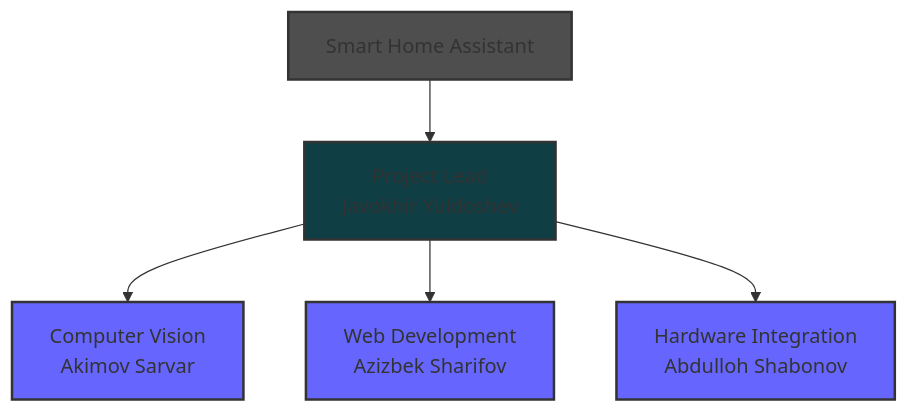
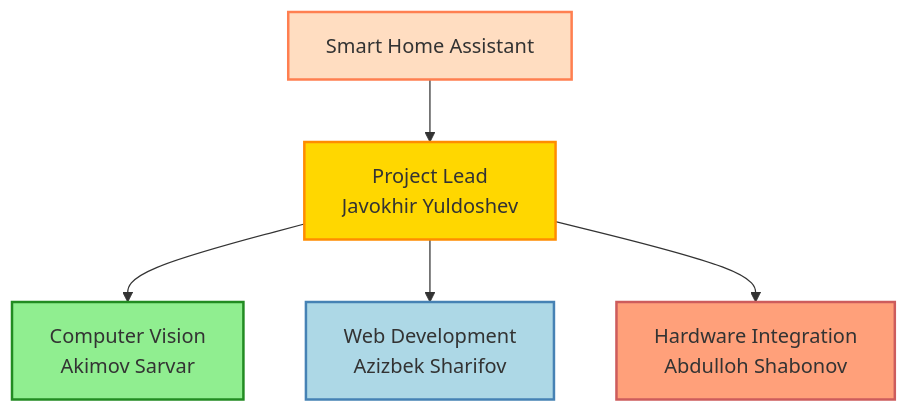
Before and after one commit to Iot-innovators-of-tomorrow/Iot: the sixth of 6 diagrams in README.md, drawn with Mermaid.

````diff
--- a/README.md
+++ b/README.md
@@ -152,13 +152,14 @@
 ```mermaid
 graph TD
     A[Smart Home Assistant] --> B[Project Lead<br>Javokhir Yuldoshev]
     B --> C[Computer Vision<br>Akimov Sarvar]
     B --> D[Web Development<br>Azizbek Sharifov]
     B --> E[Hardware Integration<br>Abdulloh Shabonov]
 
-    style A fill:#4E4E4EFF,stroke:#333,stroke-width:2px
-    style B fill:#0F3E44FF,stroke:#333,stroke-width:2px
-    style C fill:#6666ff,stroke:#333,stroke-width:2px
-    style D fill:#6666ff,stroke:#333,stroke-width:2px
-    style E fill:#6666ff,stroke:#333,stroke-width:2px
+    style A fill:#FFDDC1,stroke:#FF7F50,stroke-width:2px
+    style B fill:#FFD700,stroke:#FF8C00,stroke-width:2px
+    style C fill:#90EE90,stroke:#228B22,stroke-width:2px
+    style D fill:#ADD8E6,stroke:#4682B4,stroke-width:2px
+    style E fill:#FFA07A,stroke:#CD5C5C,stroke-width:2px
+
 ```
````
